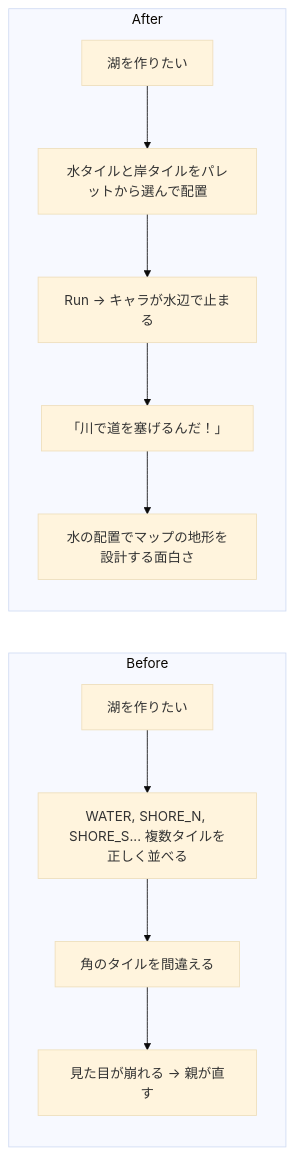
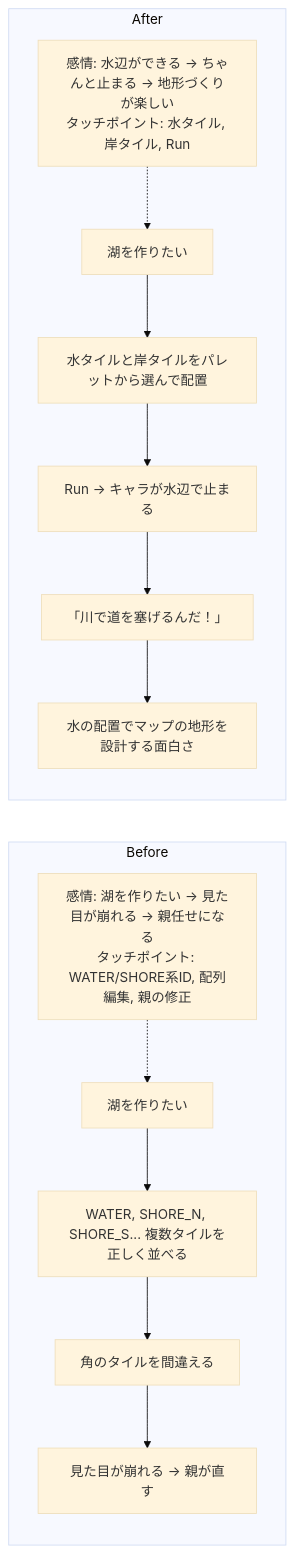
Before and after one commit to tatsuro-ueda/code-quest-pyxel: the fourth of 42 diagrams in docs/product-requirements/customer-journeys.md, drawn with Mermaid (base theme). The commit also changed other lines of this file and 23 other files, not shown here.

````diff
--- a/docs/product-requirements/customer-journeys.md
+++ b/docs/product-requirements/customer-journeys.md
@@ -76,14 +90,18 @@
 ```mermaid
 flowchart LR
     subgraph Before["Before"]
+        BM["感情: 湖を作りたい -> 見た目が崩れる -> 親任せになる<br/>タッチポイント: WATER/SHORE系ID, 配列編集, 親の修正"]
+        BM -.-> B1
         B1[湖を作りたい] --> B2[WATER, SHORE_N, SHORE_S... 複数タイルを正しく並べる]
         B2 --> B3[角のタイルを間違える]
         B3 --> B4[見た目が崩れる → 親が直す]
     end
     subgraph After["After"]
+        AM["感情: 水辺ができる -> ちゃんと止まる -> 地形づくりが楽しい<br/>タッチポイント: 水タイル, 岸タイル, Run"]
+        AM -.-> A1
         A1[湖を作りたい] --> A2[水タイルと岸タイルをパレットから選んで配置]
         A2 --> A3[Run → キャラが水辺で止まる]
         A3 --> A4[「川で道を塞げるんだ！」]
         A4 --> A5[水の配置でマップの地形を設計する面白さ]
     end
 ```
````
